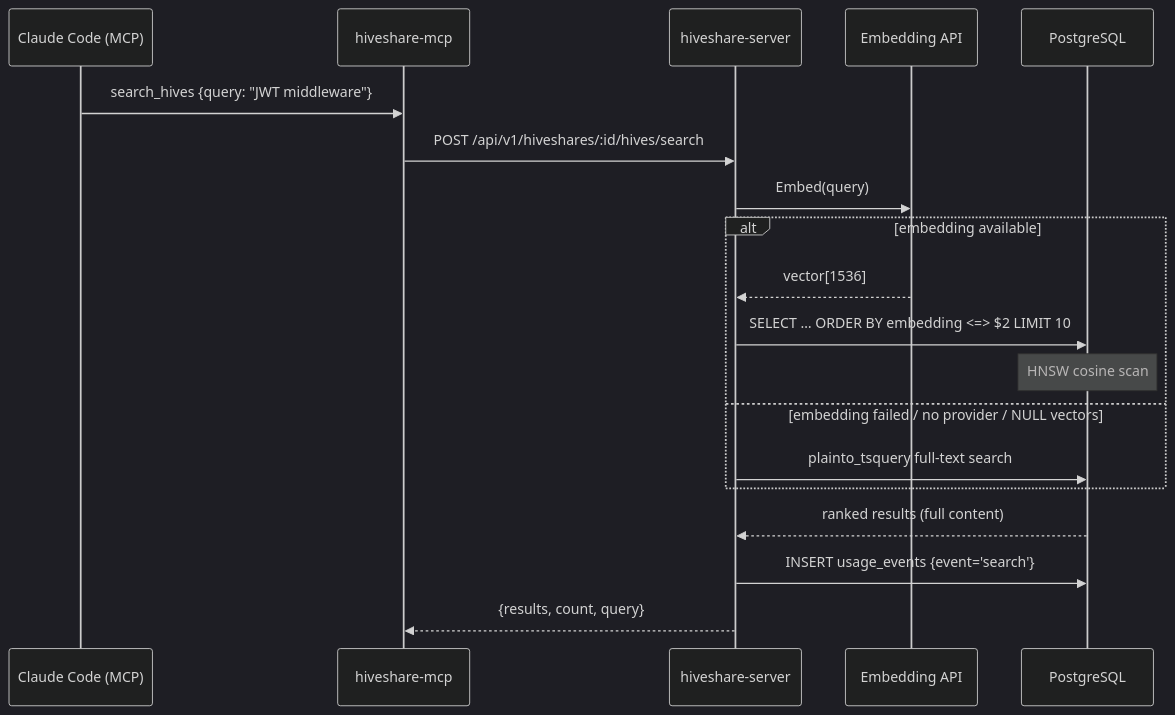
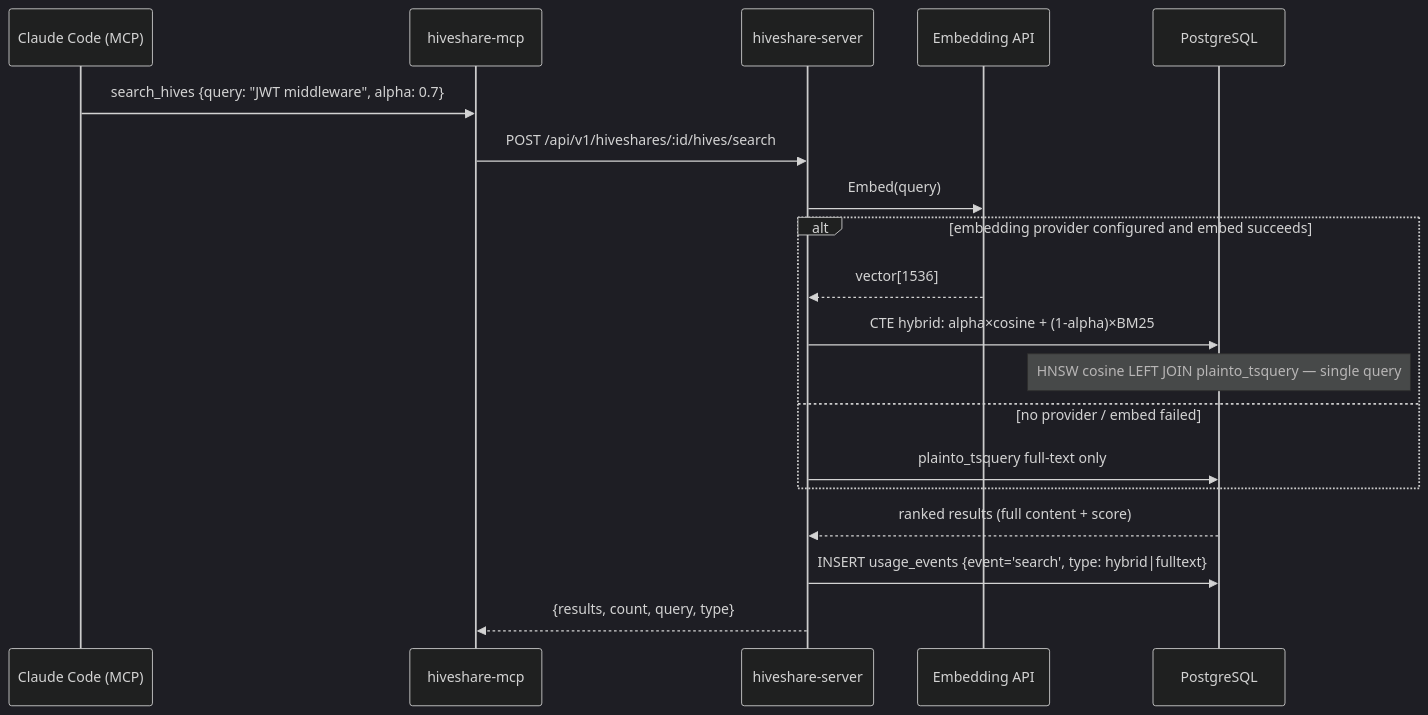
The fifth of 8 diagrams in docs/ARCHITECTURE.md (KB-perByte/hiveshare), drawn with Mermaid (dark theme) before and after one commit. The commit also changed other lines of this file and 13 other files, not shown here.

````diff
--- a/docs/ARCHITECTURE.md
+++ b/docs/ARCHITECTURE.md
@@ -219,22 +227,22 @@
 ```mermaid
 sequenceDiagram
     participant Claude as Claude Code (MCP)
     participant MCP as hiveshare-mcp
     participant API as hiveshare-server
     participant Embed as Embedding API
     participant PG as PostgreSQL
 
-    Claude->>MCP: search_hives {query: "JWT middleware"}
+    Claude->>MCP: search_hives {query: "JWT middleware", alpha: 0.7}
     MCP->>API: POST /api/v1/hiveshares/:id/hives/search
     API->>Embed: Embed(query)
-    alt embedding available
+    alt embedding provider configured and embed succeeds
         Embed-->>API: vector[1536]
-        API->>PG: SELECT … ORDER BY embedding <=> $2 LIMIT 10
-        note over PG: HNSW cosine scan
-    else embedding failed / no provider / NULL vectors
-        API->>PG: plainto_tsquery full-text search
+        API->>PG: CTE hybrid: alpha×cosine + (1-alpha)×BM25
+        note over PG: HNSW cosine LEFT JOIN plainto_tsquery — single query
+    else no provider / embed failed
+        API->>PG: plainto_tsquery full-text only
     end
-    PG-->>API: ranked results (full content)
-    API->>PG: INSERT usage_events {event='search'}
-    API-->>MCP: {results, count, query}
+    PG-->>API: ranked results (full content + score)
+    API->>PG: INSERT usage_events {event='search', type: hybrid|fulltext}
+    API-->>MCP: {results, count, query, type}
 ```
````
